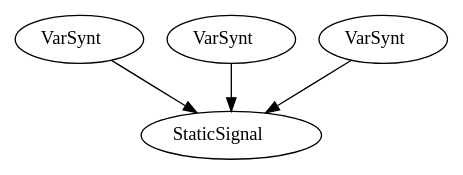
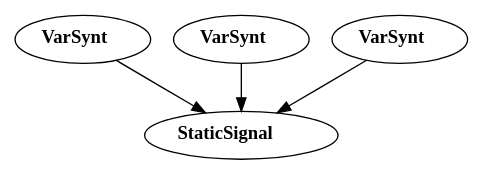
One commit to rescala-lang/REScala changed the diagram in REScala/logs/starter.dot. Above: the diagram before and after it, drawn with Graphviz. The commit also changed 3 other files, not shown here.

```diff
--- a/REScala/logs/starter.dot
+++ b/REScala/logs/starter.dot
@@ -1,16 +1,9 @@
 digraph G {
-548555930 [label=<VarSynt>]
-55737418 [label=<VarSynt>]
-475914234 [label=<VarSynt>]
-1649154478 [label=<StaticSignal>]
+548555930 [label=<<B>VarSynt</B>>]
+55737418 [label=<<B>VarSynt</B>>]
+475914234 [label=<<B>VarSynt</B>>]
+1649154478 [label=<<B>StaticSignal</B>>]
 548555930 -> 1649154478
 55737418 -> 1649154478
 475914234 -> 1649154478
-// LogStartEvalNode(LogNode(react.VarSynt@3527c4a))
-// LogEndEvalNode(LogNode(react.VarSynt@3527c4a))
-// LogPulseNode(LogNode(react.VarSynt@3527c4a))
-// LogScheduleNode(LogNode(react.StaticSignal@624c19ae))
-// LogStartEvalNode(LogNode(react.StaticSignal@624c19ae))
-// LogPulseNode(LogNode(react.StaticSignal@624c19ae))
-// LogEndEvalNode(LogNode(react.StaticSignal@624c19ae))
 }
```
